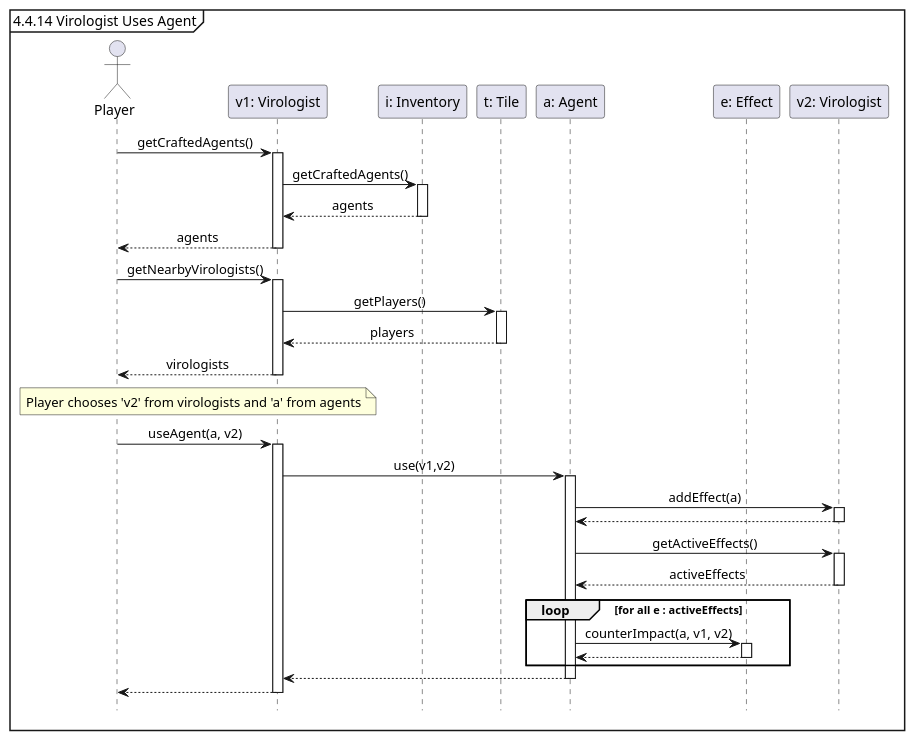
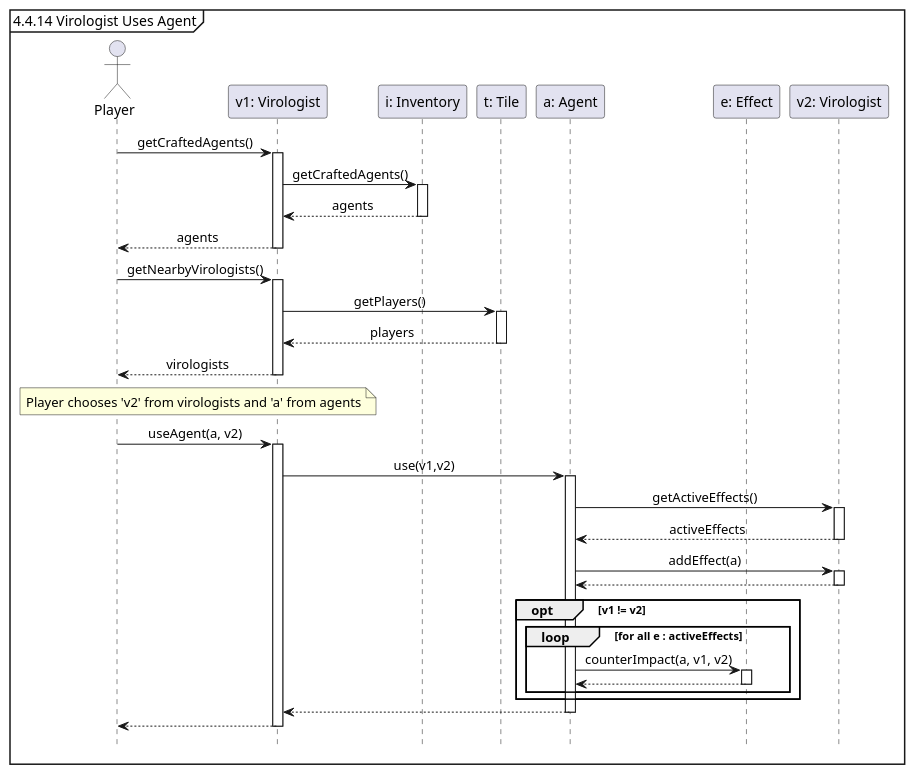
Before and after one commit to Tschonti/503-service-unavailable: the diagram in docs/seqDiagrams/12_1virologistUsesAgent.puml, drawn with PlantUML. The commit also changed 4 other files, not shown here.

```diff
--- a/docs/seqDiagrams/12_1virologistUsesAgent.puml
+++ b/docs/seqDiagrams/12_1virologistUsesAgent.puml
@@ -1,42 +1,44 @@
 @startuml
 'https://plantuml.com/sequence-diagram
 
 hide footbox
 skinparam sequenceMessageAlign center
 
 mainframe 4.4.14 Virologist Uses Agent
 
 actor Player as p
 participant "v1: Virologist" as v1
 participant "i: Inventory" as i
 participant "t: Tile" as t
 participant "a: Agent" as a
 participant "e: Effect" as e
 participant "v2: Virologist" as v2
 
 p -> v1 ++ : getCraftedAgents()
     v1-> i ++ : getCraftedAgents()
     return agents
 return agents
 
 p -> v1 ++ : getNearbyVirologists()
     v1-> t ++ : getPlayers()
     return players
 return virologists
 
 note over p, v1 : Player chooses 'v2' from virologists and 'a' from agents
 p -> v1 ++: useAgent(a, v2)
     v1 -> a ++: use(v1,v2)
+        a -> v2 ++: getActiveEffects()
+        return activeEffects
         a -> v2 ++: addEffect(a)
         return
-        a -> v2 ++: getActiveEffects()
-        return activeEffects
-        loop for all e : activeEffects
-            a -> e ++: counterImpact(a, v1, v2)
-            return
+        opt v1 != v2
+            loop for all e : activeEffects
+                a -> e ++: counterImpact(a, v1, v2)
+                return
+            end
         end
     return
 return
 
 
 @enduml
```
